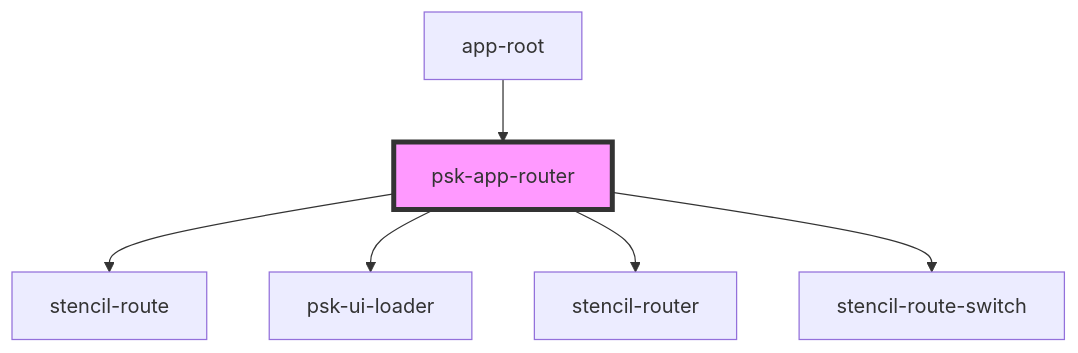
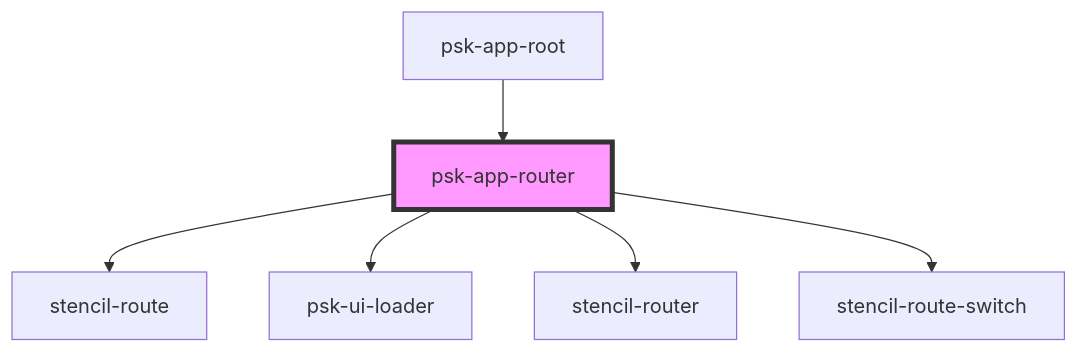
The diagram in src/components/psk-app-router/readme.md (daniel-visoiu/cardinal), drawn with Mermaid before and after one commit. The commit also changed other lines of this file and 11 other files, not shown here.

````diff
--- a/src/components/psk-app-router/readme.md
+++ b/src/components/psk-app-router/readme.md
@@ -38,9 +38,9 @@
 ```mermaid
 graph TD;
   psk-app-router --> stencil-route
   psk-app-router --> psk-ui-loader
   psk-app-router --> stencil-router
   psk-app-router --> stencil-route-switch
-  app-root --> psk-app-router
+  psk-app-root --> psk-app-router
   style psk-app-router fill:#f9f,stroke:#333,stroke-width:4px
 ```
````
